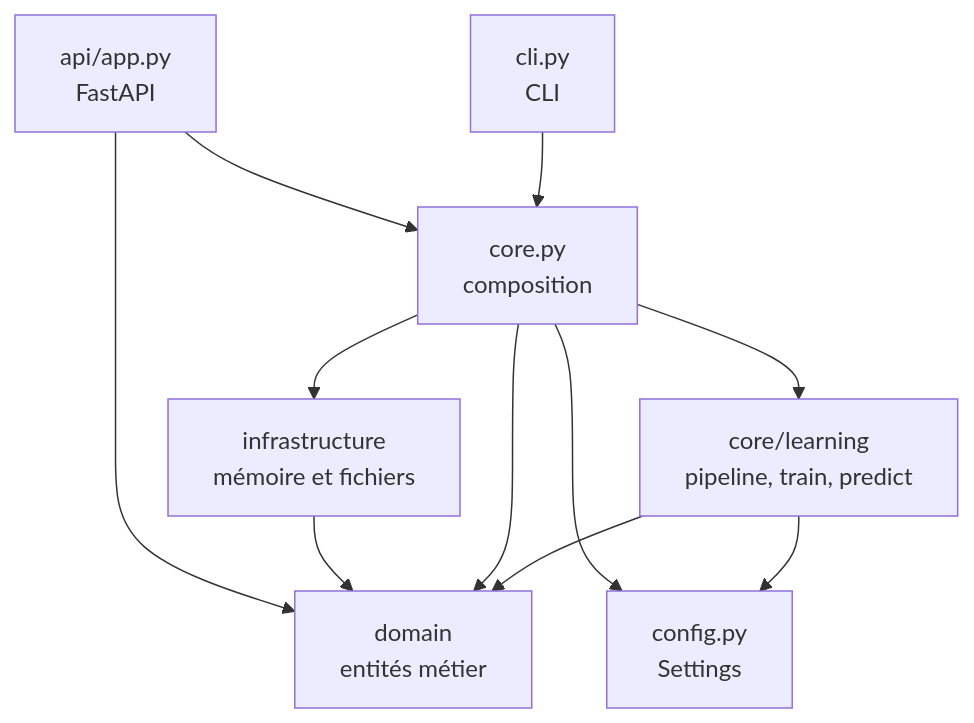
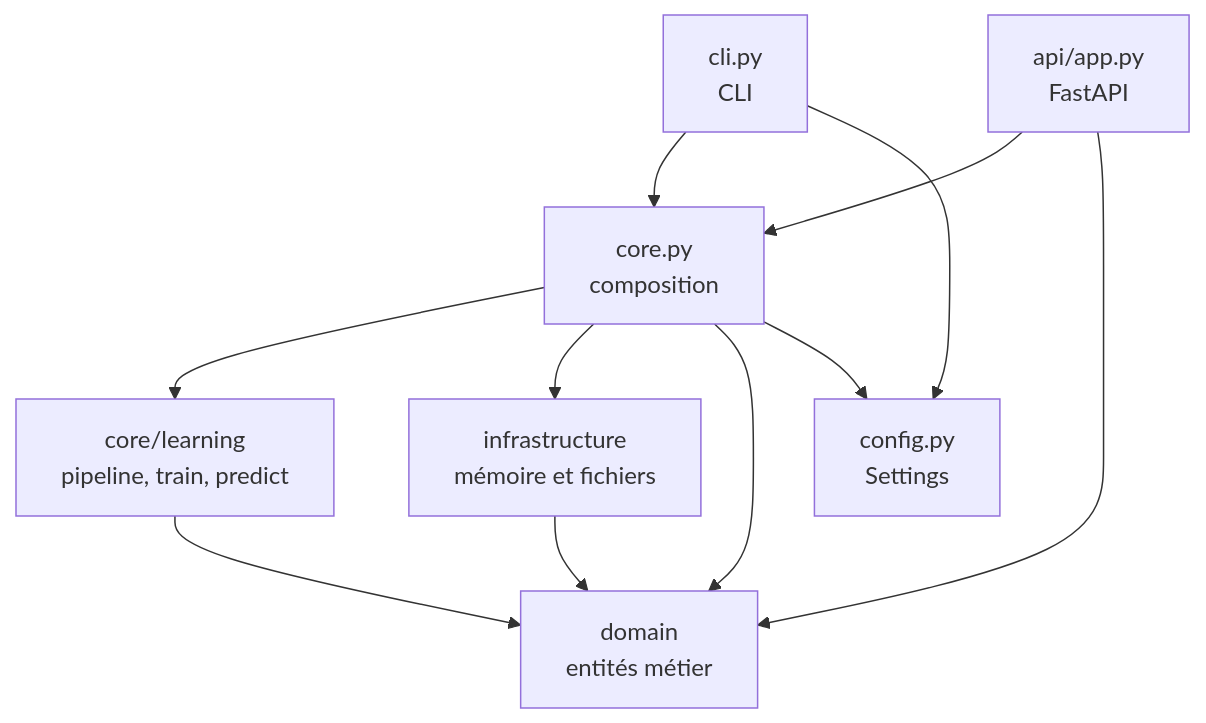
One commit to Golem953/eligibilite-livraison-express changed the second of 7 diagrams in ARCHITECTURE-livraison-express-lite.md. Above: the diagram before and after it, drawn with Mermaid. The commit also changed other lines of this file and 2 other files, not shown here.

Commit message:
docs: met à jour README, ADR et architecture après le refactoring

````diff
--- a/ARCHITECTURE-livraison-express-lite.md
+++ b/ARCHITECTURE-livraison-express-lite.md
@@ -89,20 +89,20 @@
 ```mermaid
 flowchart TB
     API[api/app.py<br/>FastAPI]
     CLI[cli.py<br/>CLI]
     CORE[core.py<br/>composition]
     LEARNING[core/learning<br/>pipeline, train, predict]
     DOMAIN[domain<br/>entités métier]
     INFRA[infrastructure<br/>mémoire et fichiers]
     CONFIG[config.py<br/>Settings]
     CLI --> CORE
     API --> CORE
     CORE --> LEARNING
     CORE --> INFRA
     LEARNING --> DOMAIN
     CORE --> DOMAIN
-    LEARNING --> CONFIG
     INFRA --> DOMAIN
     API --> DOMAIN
     CORE --> CONFIG
+    CLI --> CONFIG
 ```
````
